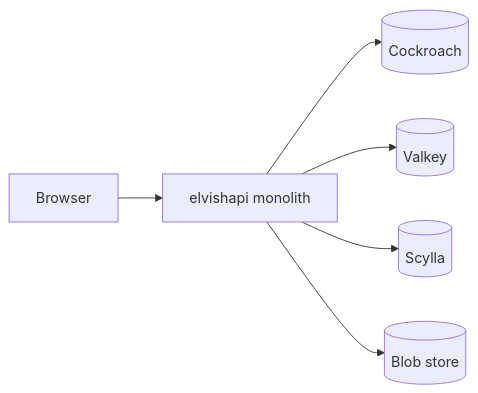
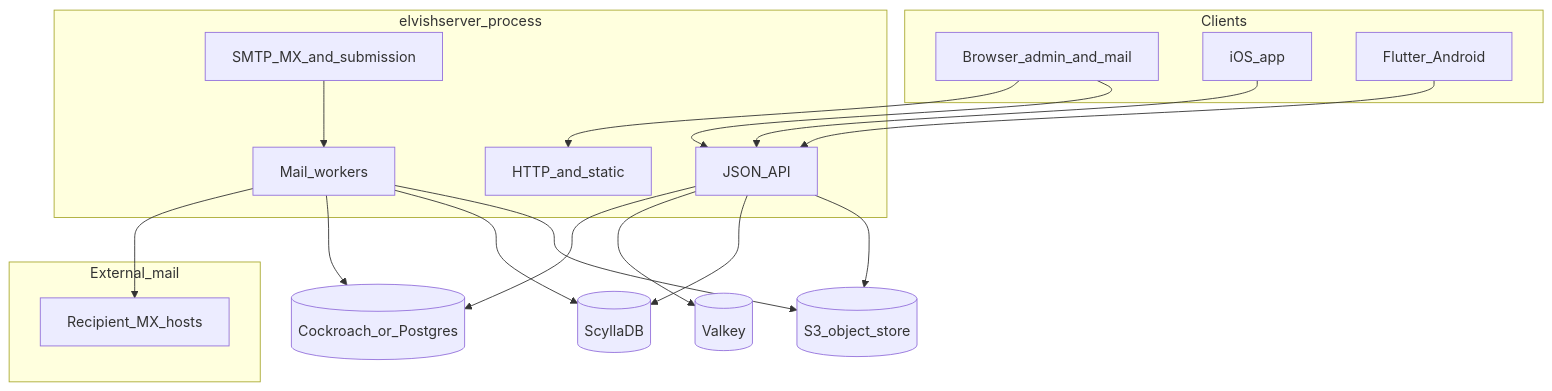
Before and after one commit to Thravok/elvish-email: the diagram in docs/architecture.md, drawn with Mermaid. The commit also changed other lines of this file and 974 other files, not shown here.

````diff
--- a/docs/architecture.md
+++ b/docs/architecture.md
@@ -16,10 +17,34 @@
 ```mermaid
-flowchart LR
-  Browser[Browser]
-  API[elvishapi monolith]
+flowchart TB
+  subgraph clients [Clients]
+    Browser[Browser_admin_and_mail]
+    IOSapp[iOS_app]
+    FlutterApp[Flutter_Android]
+  end
+  subgraph process [elvishserver_process]
+    HTTP[HTTP_and_static]
+    API[JSON_API]
+    SMTPin[SMTP_MX_and_submission]
+    Worker[Mail_workers]
+  end
+  SQL[(Cockroach_or_Postgres)]
+  Valkey[(Valkey)]
+  Scylla[(ScyllaDB)]
+  Blobs[(S3_object_store)]
+  subgraph external [External_mail]
+    PeerMX[Recipient_MX_hosts]
+  end
+  Browser --> HTTP
   Browser --> API
-  API --> CRDB[(Cockroach)]
-  API --> Valkey[(Valkey)]
-  API --> Scylla[(Scylla)]
-  API --> S3[(Blob store)]
+  IOSapp --> API
+  FlutterApp --> API
+  SMTPin --> Worker
+  Worker --> PeerMX
+  API --> SQL
+  API --> Valkey
+  Worker --> SQL
+  Worker --> Scylla
+  Worker --> Blobs
+  API --> Scylla
+  API --> Blobs
 ```
````
